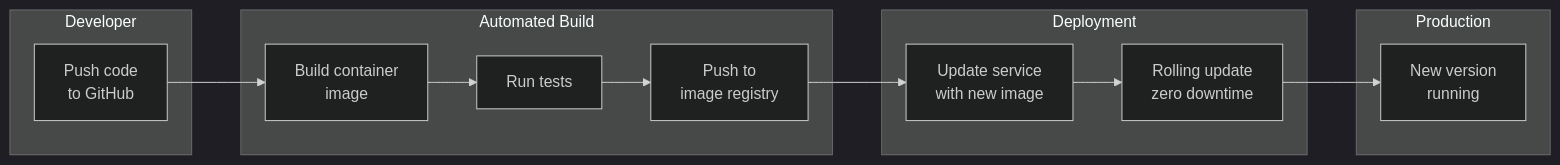
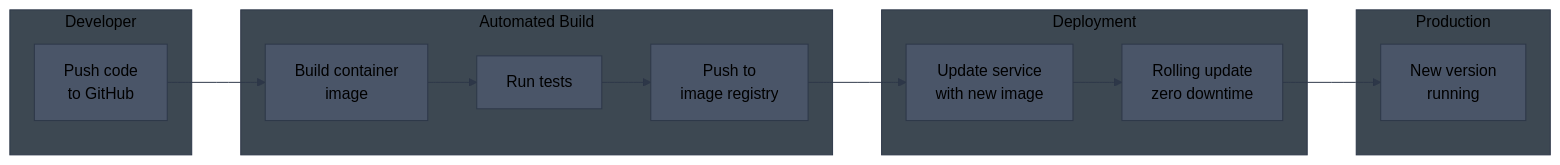
Before and after one commit to aldea-ai/infrastructure-docs: the eighth of 8 diagrams in diagrams/ecs-architecture.md, drawn with Mermaid. The commit also changed other lines of this file and 2 other files, not shown here.

Commit message:
Use custom dark gray theme with black text for dark mode readability

````diff
--- a/diagrams/ecs-architecture.md
+++ b/diagrams/ecs-architecture.md
@@ -273,24 +273,24 @@
 ```mermaid
-%%{init: {'theme': 'dark'}}%%
+%%{init: {'theme': 'base', 'themeVariables': { 'primaryColor': '#4a5568', 'primaryTextColor': '#000', 'primaryBorderColor': '#2d3748', 'lineColor': '#2d3748', 'secondaryColor': '#5a6577', 'tertiaryColor': '#6b7280', 'background': '#1a202c', 'mainBkg': '#4a5568', 'secondBkg': '#5a6577', 'clusterBkg': '#3d4852', 'clusterBorder': '#2d3748', 'titleColor': '#000'}}}%%
 flowchart LR
     subgraph Dev["Developer"]
         CODE[Push code<br/>to GitHub]
     end
 
     subgraph CI["Automated Build"]
         BUILD[Build container<br/>image]
         TEST[Run tests]
         PUSH[Push to<br/>image registry]
     end
 
     subgraph Deploy["Deployment"]
         UPDATE[Update service<br/>with new image]
         ROLL[Rolling update<br/>zero downtime]
     end
 
     subgraph Live["Production"]
         NEW[New version<br/>running]
     end
 
     CODE --> BUILD --> TEST --> PUSH --> UPDATE --> ROLL --> NEW
 ```
````
